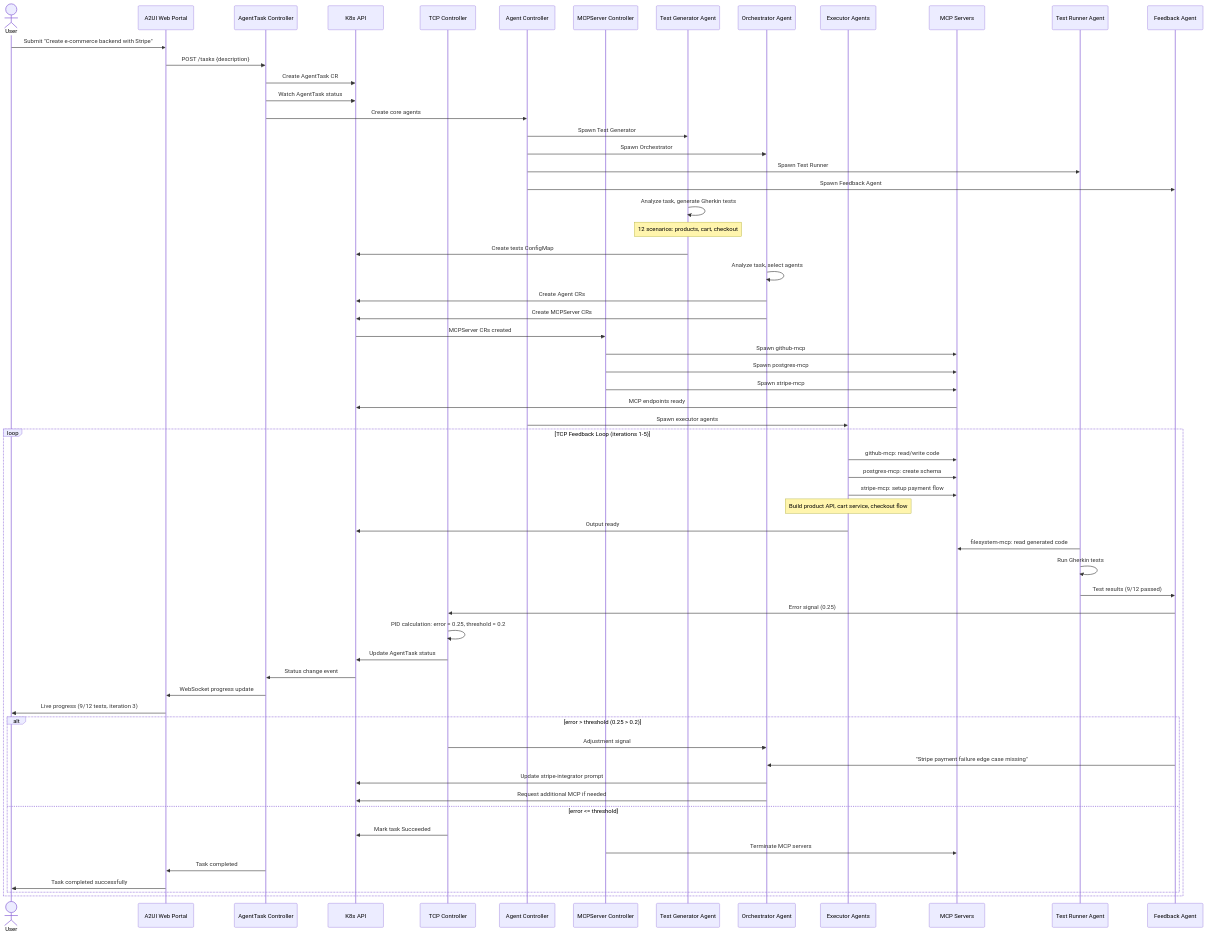
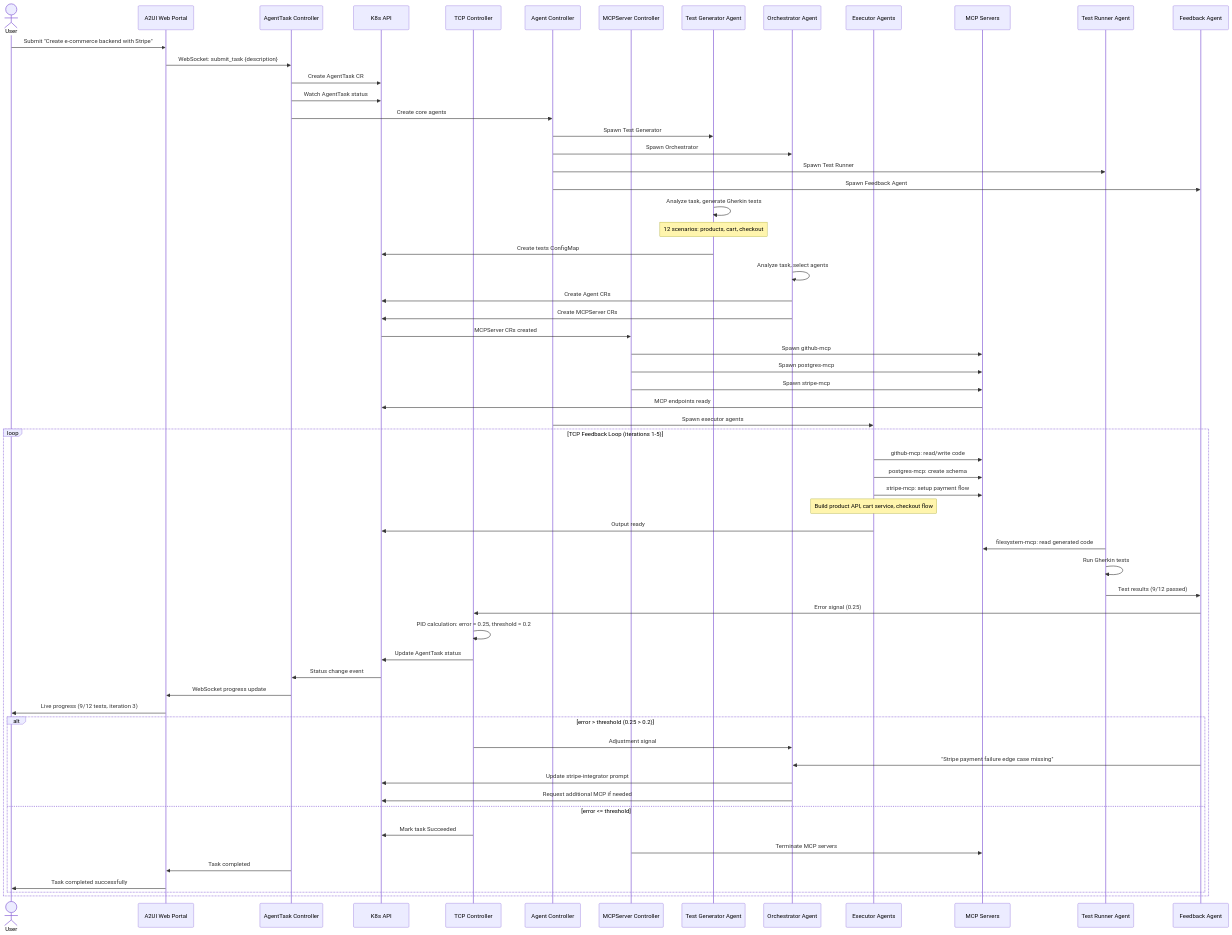
Before and after one commit to dshcherbatiuk/forgemaster: the third of 4 diagrams in docs/arch/05-k8s-deployment.md, drawn with Mermaid. The commit also changed other lines of this file and 4 other files, not shown here.

First line of the commit message:
docs: Replace legacy POST /tasks with WebSocket in architecture docs

````diff
--- a/docs/arch/05-k8s-deployment.md
+++ b/docs/arch/05-k8s-deployment.md
@@ -398,69 +397,69 @@
 ```mermaid
 sequenceDiagram
     actor U as User
     participant WEB as A2UI Web Portal
     participant ATC as AgentTask Controller
     participant API as K8s API
     participant TCPC as TCP Controller
     participant AGC as Agent Controller
     participant MCPC as MCPServer Controller
     participant TGA as Test Generator Agent
     participant OA as Orchestrator Agent
     participant EX as Executor Agents
     participant MCP as MCP Servers
     participant TRA as Test Runner Agent
     participant FBA as Feedback Agent
 
     U->>WEB: Submit "Create e-commerce backend with Stripe"
-    WEB->>ATC: POST /tasks {description}
+    WEB->>ATC: WebSocket: submit_task {description}
     ATC->>API: Create AgentTask CR
     ATC->>API: Watch AgentTask status
 
     ATC->>AGC: Create core agents
     AGC->>TGA: Spawn Test Generator
     AGC->>OA: Spawn Orchestrator
     AGC->>TRA: Spawn Test Runner
     AGC->>FBA: Spawn Feedback Agent
 
     TGA->>TGA: Analyze task, generate Gherkin tests
     Note over TGA: 12 scenarios: products, cart, checkout
     TGA->>API: Create tests ConfigMap
 
     OA->>OA: Analyze task, select agents
     OA->>API: Create Agent CRs
     OA->>API: Create MCPServer CRs
     API->>MCPC: MCPServer CRs created
     MCPC->>MCP: Spawn github-mcp
     MCPC->>MCP: Spawn postgres-mcp
     MCPC->>MCP: Spawn stripe-mcp
     MCP->>API: MCP endpoints ready
     AGC->>EX: Spawn executor agents
 
     loop TCP Feedback Loop (iterations 1-5)
         EX->>MCP: github-mcp: read/write code
         EX->>MCP: postgres-mcp: create schema
         EX->>MCP: stripe-mcp: setup payment flow
         Note over EX: Build product API, cart service, checkout flow
         EX->>API: Output ready
         TRA->>MCP: filesystem-mcp: read generated code
         TRA->>TRA: Run Gherkin tests
         TRA->>FBA: Test results (9/12 passed)
         FBA->>TCPC: Error signal (0.25)
         TCPC->>TCPC: PID calculation: error = 0.25, threshold = 0.2
         TCPC->>API: Update AgentTask status
         API->>ATC: Status change event
         ATC->>WEB: WebSocket progress update
         WEB->>U: Live progress (9/12 tests, iteration 3)
         alt error > threshold (0.25 > 0.2)
             TCPC->>OA: Adjustment signal
             FBA->>OA: "Stripe payment failure edge case missing"
             OA->>API: Update stripe-integrator prompt
             OA->>API: Request additional MCP if needed
         else error <= threshold
             TCPC->>API: Mark task Succeeded
             MCPC->>MCP: Terminate MCP servers
             ATC->>WEB: Task completed
             WEB->>U: Task completed successfully
         end
     end
 ```
````
